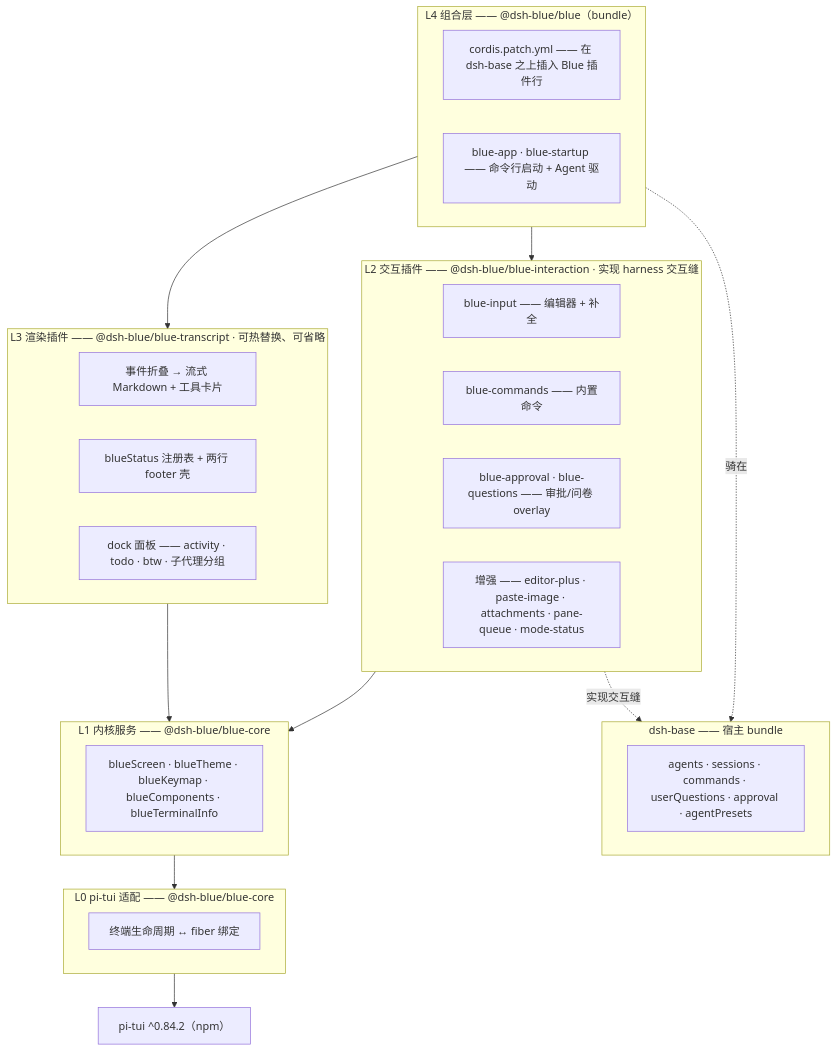
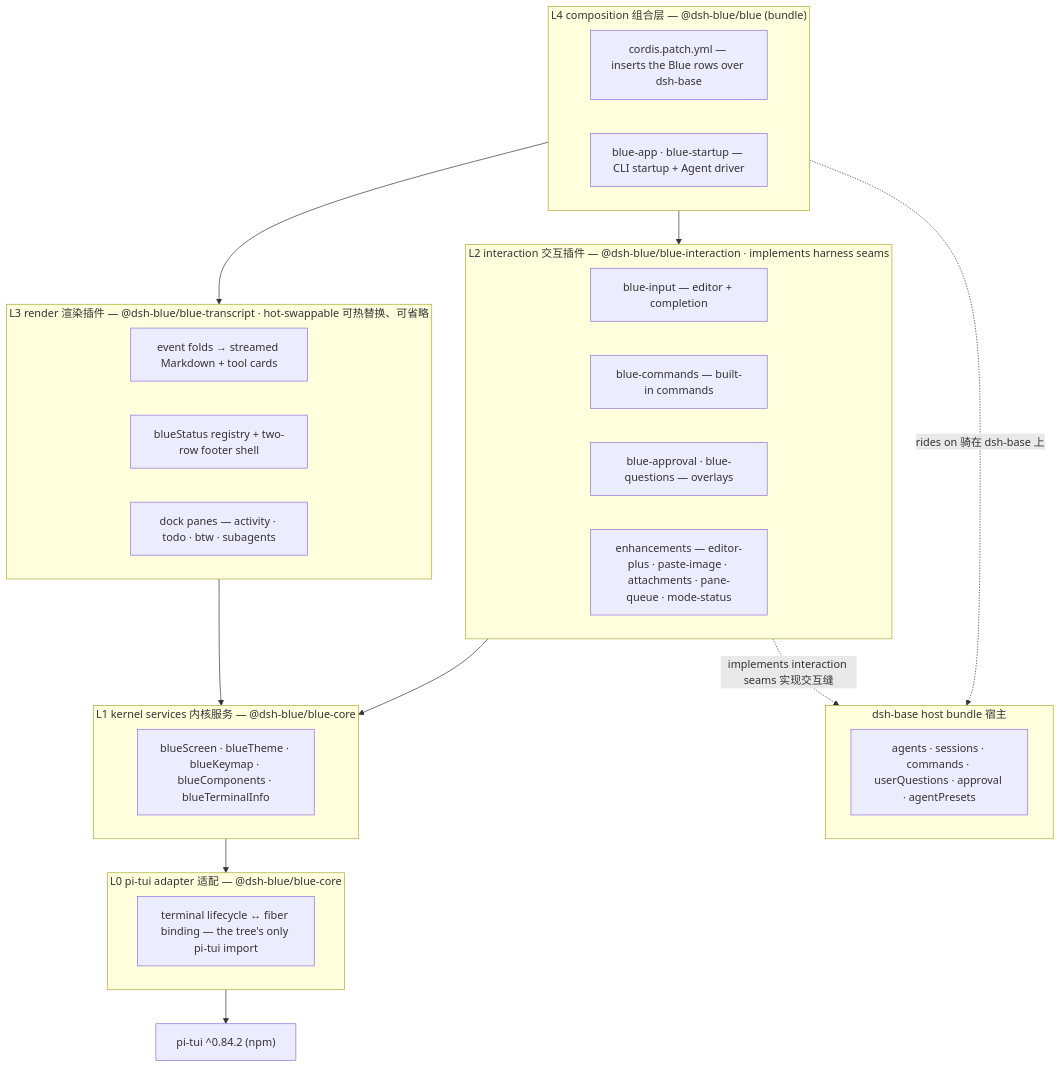
Before and after one commit to dsh-blue/blue: the first of 2 diagrams in README.zh.md, drawn with Mermaid. The commit also changed other lines of this file and 8 other files, not shown here.

First line of the commit message:
docs: single-source the mermaid diagrams (.mmd + sync script + CI gate)

````diff
--- a/README.zh.md
+++ b/README.zh.md
@@ -150,37 +152,37 @@
 ```mermaid
 flowchart TB
-    subgraph L4["L4 组合层 —— @dsh-blue/blue（bundle）"]
-        patch["cordis.patch.yml —— 在 dsh-base 之上插入 Blue 插件行"]
-        app["blue-app · blue-startup —— 命令行启动 + Agent 驱动"]
+    subgraph L4["L4 composition 组合层 — @dsh-blue/blue (bundle)"]
+        patch["cordis.patch.yml — inserts the Blue rows over dsh-base"]
+        app["blue-app · blue-startup — CLI startup + Agent driver"]
     end
-    subgraph L3["L3 渲染插件 —— @dsh-blue/blue-transcript · 可热替换、可省略"]
-        fold["事件折叠 → 流式 Markdown + 工具卡片"]
-        status["blueStatus 注册表 + 两行 footer 壳"]
-        dock["dock 面板 —— activity · todo · btw · 子代理分组"]
+    subgraph L3["L3 render 渲染插件 — @dsh-blue/blue-transcript · hot-swappable 可热替换、可省略"]
+        fold["event folds → streamed Markdown + tool cards"]
+        status["blueStatus registry + two-row footer shell"]
+        dock["dock panes — activity · todo · btw · subagents"]
     end
-    subgraph L2["L2 交互插件 —— @dsh-blue/blue-interaction · 实现 harness 交互缝"]
-        input["blue-input —— 编辑器 + 补全"]
-        cmds["blue-commands —— 内置命令"]
-        qa["blue-approval · blue-questions —— 审批/问卷 overlay"]
-        enh2["增强 —— editor-plus · paste-image · attachments · pane-queue · mode-status"]
+    subgraph L2["L2 interaction 交互插件 — @dsh-blue/blue-interaction · implements harness seams"]
+        input["blue-input — editor + completion"]
+        cmds["blue-commands — built-in commands"]
+        qa["blue-approval · blue-questions — overlays"]
+        enh2["enhancements — editor-plus · paste-image · attachments · pane-queue · mode-status"]
     end
-    subgraph L1["L1 内核服务 —— @dsh-blue/blue-core"]
+    subgraph L1["L1 kernel services 内核服务 — @dsh-blue/blue-core"]
         services["blueScreen · blueTheme · blueKeymap · blueComponents · blueTerminalInfo"]
     end
-    subgraph L0["L0 pi-tui 适配 —— @dsh-blue/blue-core"]
-        adapter["终端生命周期 ↔ fiber 绑定"]
+    subgraph L0["L0 pi-tui adapter 适配 — @dsh-blue/blue-core"]
+        adapter["terminal lifecycle ↔ fiber binding — the tree's only pi-tui import"]
     end
-    subgraph BASE["dsh-base —— 宿主 bundle"]
+    subgraph BASE["dsh-base host bundle 宿主"]
         seams["agents · sessions · commands · userQuestions · approval · agentPresets"]
     end
-    pitui["pi-tui ^0.84.2（npm）"]
+    pitui["pi-tui ^0.84.2 (npm)"]
 
     L4 --> L3
     L4 --> L2
     L3 --> L1
     L2 --> L1
     L1 --> L0
     L0 --> pitui
-    L2 -. 实现交互缝 .-> BASE
-    L4 -. 骑在 .-> BASE
+    L2 -. implements interaction seams 实现交互缝 .-> BASE
+    L4 -. rides on 骑在 dsh-base 上 .-> BASE
 ```
````
